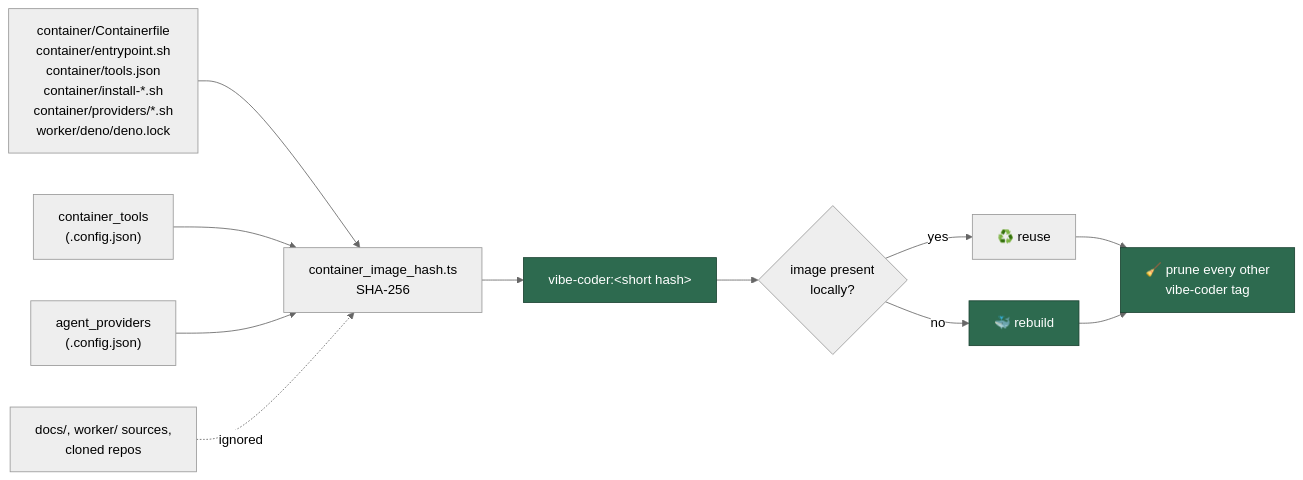
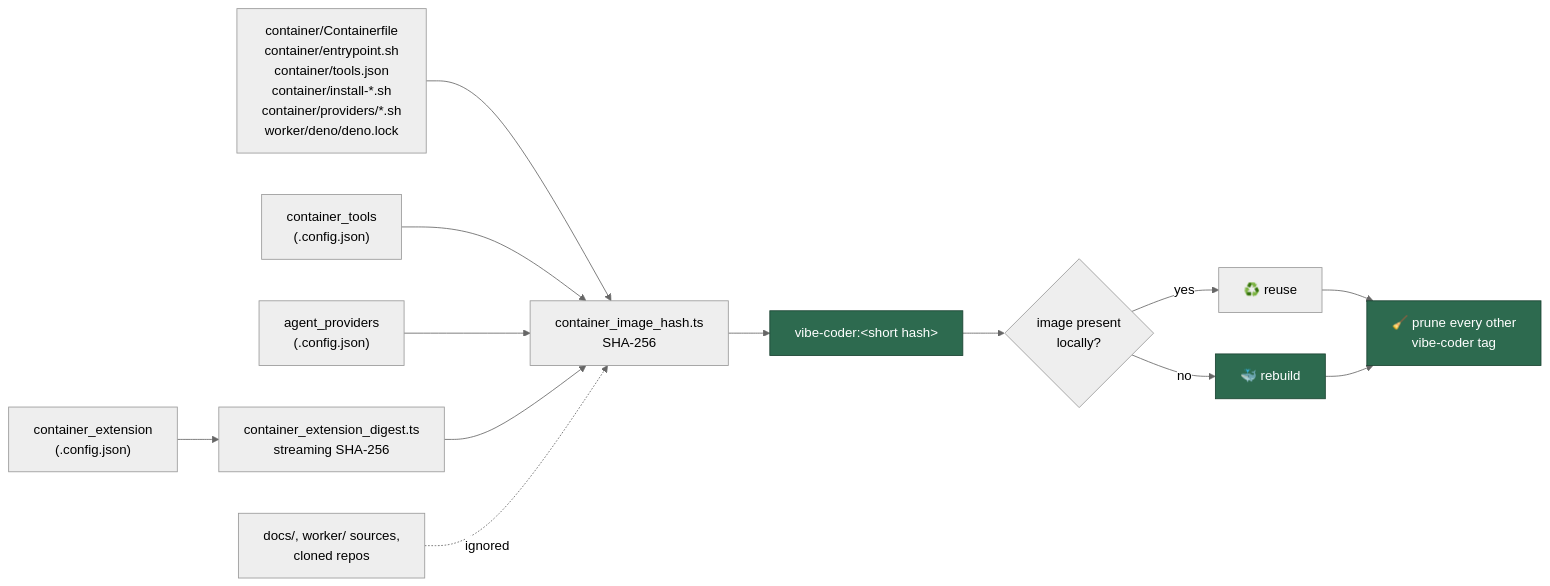
The fourth of 17 diagrams in docs/CONTAINER.md (stSoftwareAU/VibeCoder), drawn with Mermaid (neutral theme) before and after one commit. The commit also changed other lines of this file and 14 other files, not shown here.

First line of the commit message:
Hash the extension definition into the container image identity (Issue #979)

````diff
--- a/docs/CONTAINER.md
+++ b/docs/CONTAINER.md
@@ -299,16 +320,18 @@
 ```mermaid
 flowchart LR
     I["container/Containerfile<br/>container/entrypoint.sh<br/>container/tools.json<br/>container/install-*.sh<br/>container/providers/*.sh<br/>worker/deno/deno.lock"] --> H["container_image_hash.ts<br/>SHA-256"]
     C["container_tools<br/>(.config.json)"] --> H
     G["agent_providers<br/>(.config.json)"] --> H
+    X["container_extension<br/>(.config.json)"] --> E["container_extension_digest.ts<br/>streaming SHA-256"]
+    E --> H
     W["docs/, worker/ sources,<br/>cloned repos"] -.ignored.-> H
     H --> R["vibe-coder:&lt;short hash&gt;"]
     R --> D{"image present<br/>locally?"}
     D -->|yes| U["♻️ reuse"]
     D -->|no| B["🐳 rebuild"]
     U --> P["🧹 prune every other<br/>vibe-coder tag"]
     B --> P
     style R fill:#2d6a4f,stroke:#1b4332,color:#fff
     style B fill:#2d6a4f,stroke:#1b4332,color:#fff
     style P fill:#2d6a4f,stroke:#1b4332,color:#fff
 ```
````
